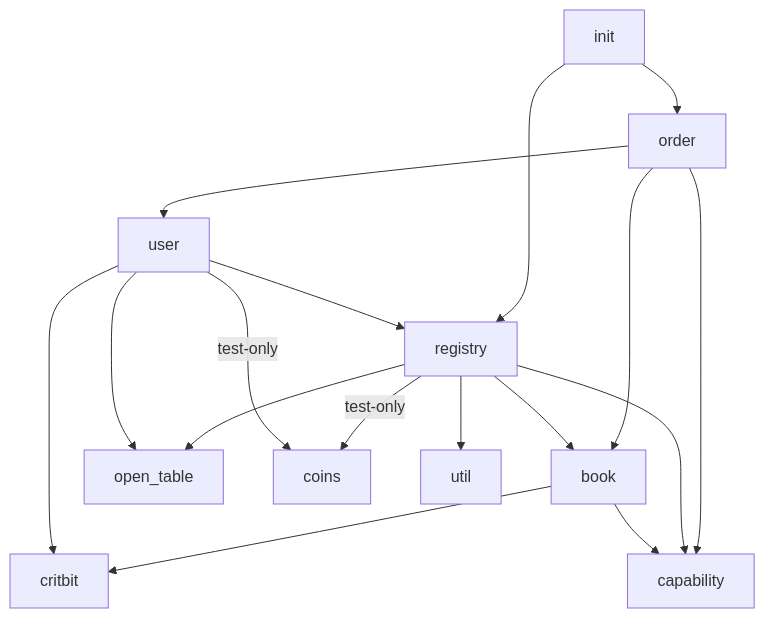
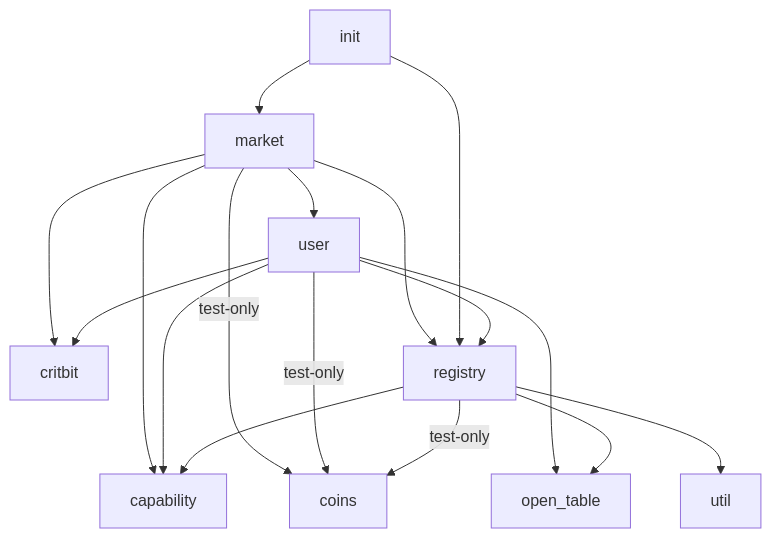
Before and after one commit to econia-labs/econia: the diagram in doc/doc-site/modules.md, drawn with Mermaid. The commit also changed 9 other files, not shown here.

````diff
--- a/doc/doc-site/modules.md
+++ b/doc/doc-site/modules.md
@@ -9,21 +9,21 @@
 ```mermaid
 flowchart TD
 
-    init --> order
+    market --> critbit
+    market --> registry
+    market --> capability
+    market --> |test-only| coins
+    market --> user
+    init --> registry
+    init --> market
+    user --> capability
     user --> critbit
+    user --> open_table
     user --> registry
-    book --> critbit
-    user --> open_table
     user --> |test-only| coins
-    book --> capability
     registry --> capability
     registry --> |test-only| coins
     registry --> open_table
-    init --> registry
     registry --> util
-    registry --> book
-    order --> user
-    order --> book
-    order --> capability
 
 ```
````
